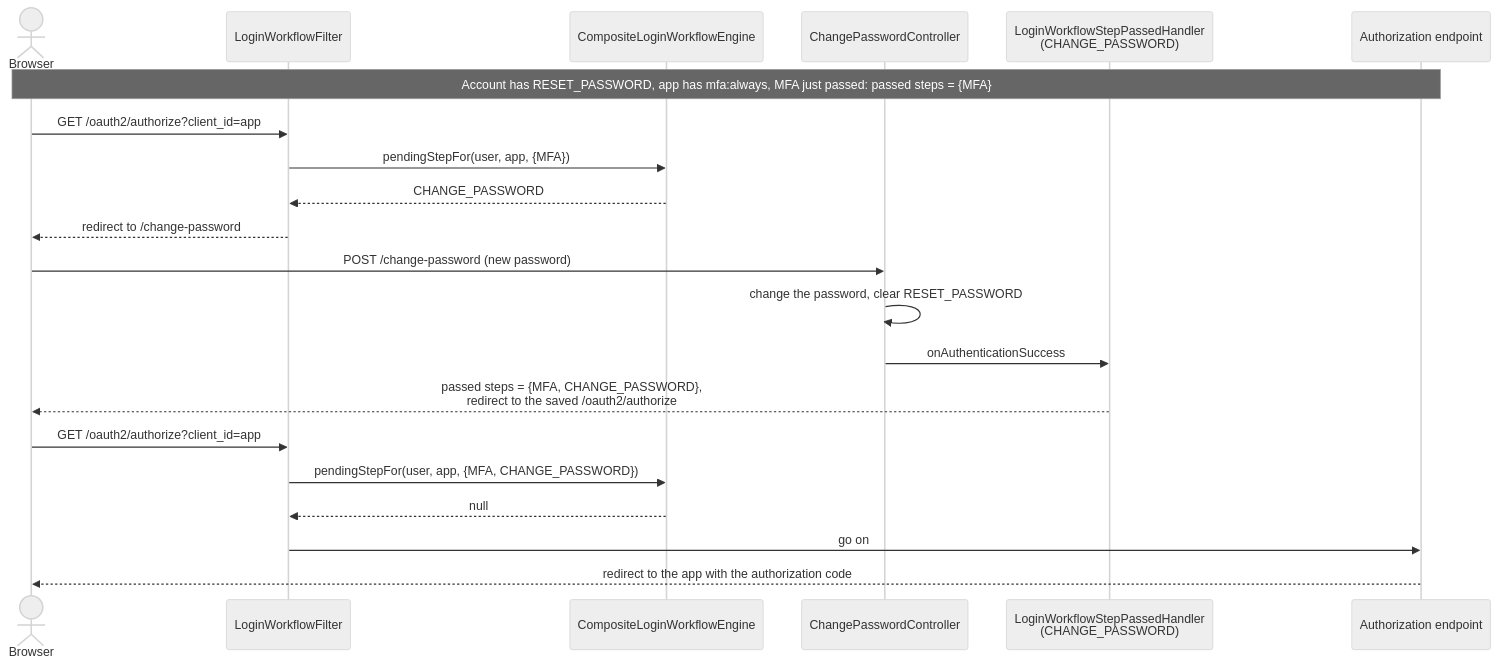
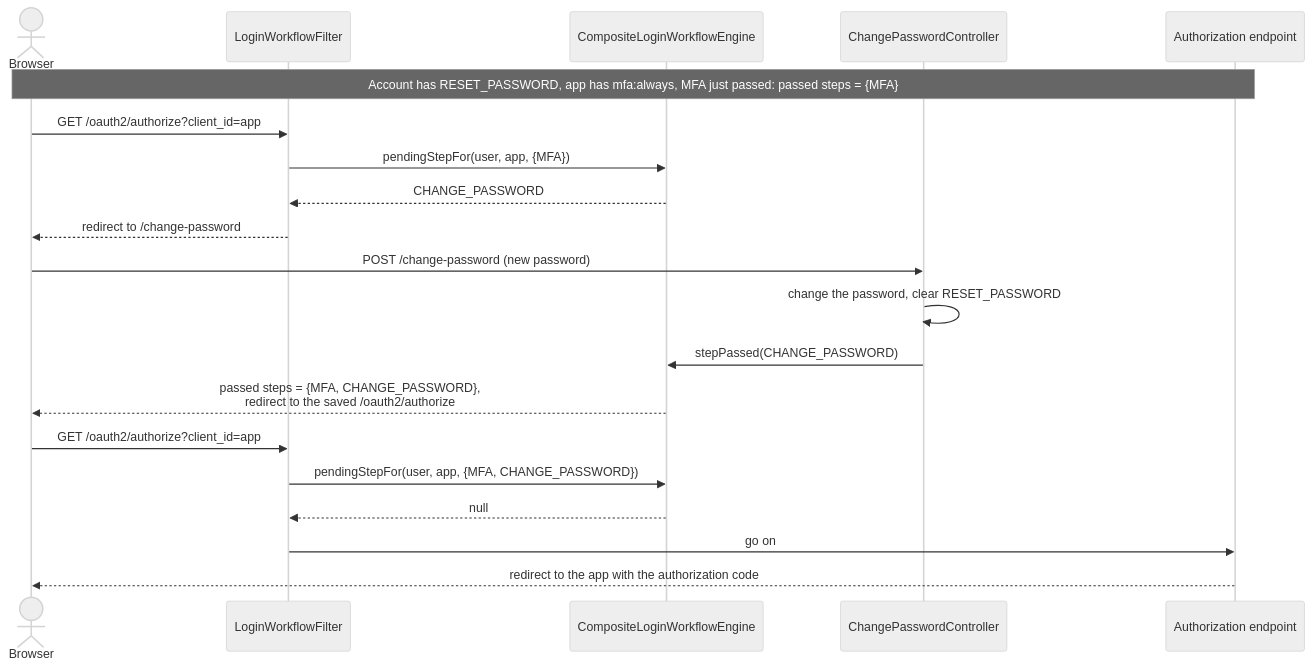
Before and after one commit to mrFlick72/vauthenticator: the fifth of 6 diagrams in auth-server/docs/login-workflow.md, drawn with Mermaid (neutral theme). The commit also changed other lines of this file and 13 other files, not shown here.

````diff
--- a/auth-server/docs/login-workflow.md
+++ b/auth-server/docs/login-workflow.md
@@ -201,24 +189,23 @@
 ```mermaid
 sequenceDiagram
     actor Browser
     participant Filter as LoginWorkflowFilter
     participant Engine as CompositeLoginWorkflowEngine
     participant ChangePassword as ChangePasswordController
-    participant Passed as LoginWorkflowStepPassedHandler<br/>(CHANGE_PASSWORD)
     participant SAS as Authorization endpoint
 
     Note over Browser,SAS: Account has RESET_PASSWORD, app has mfa:always, MFA just passed: passed steps = {MFA}
     Browser->>Filter: GET /oauth2/authorize?client_id=app
     Filter->>Engine: pendingStepFor(user, app, {MFA})
     Engine-->>Filter: CHANGE_PASSWORD
     Filter-->>Browser: redirect to /change-password
     Browser->>ChangePassword: POST /change-password (new password)
     ChangePassword->>ChangePassword: change the password, clear RESET_PASSWORD
-    ChangePassword->>Passed: onAuthenticationSuccess
-    Passed-->>Browser: passed steps = {MFA, CHANGE_PASSWORD},<br/>redirect to the saved /oauth2/authorize
+    ChangePassword->>Engine: stepPassed(CHANGE_PASSWORD)
+    Engine-->>Browser: passed steps = {MFA, CHANGE_PASSWORD},<br/>redirect to the saved /oauth2/authorize
     Browser->>Filter: GET /oauth2/authorize?client_id=app
     Filter->>Engine: pendingStepFor(user, app, {MFA, CHANGE_PASSWORD})
     Engine-->>Filter: null
     Filter->>SAS: go on
     SAS-->>Browser: redirect to the app with the authorization code
 ```
````
